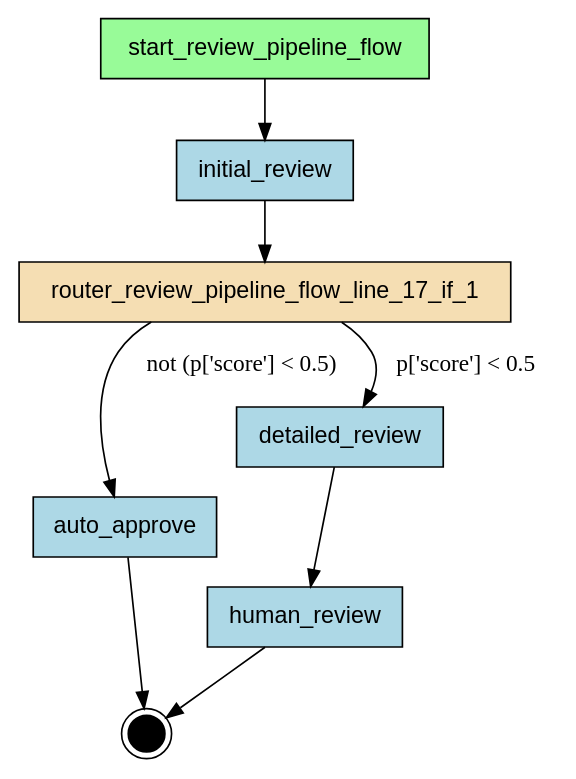
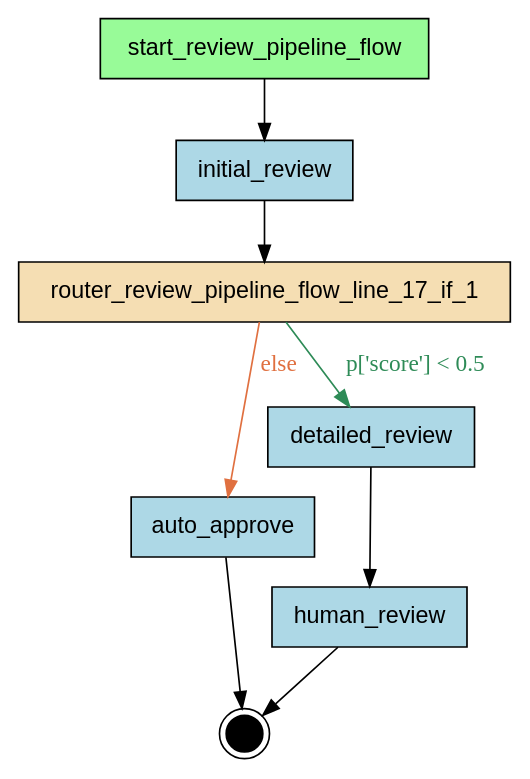
The diagram in examples/flows/compiled/async_nested/flow.dot (deliveryhero/asya), drawn with Graphviz before and after one commit. The commit also changed 297 other files, not shown here.

Commit message:
chore: regenerate all compiled flow artifacts

```diff
--- a/examples/flows/compiled/async_nested/flow.dot
+++ b/examples/flows/compiled/async_nested/flow.dot
@@ -1,23 +1,23 @@
-digraph "async_nested" {
+digraph "review_pipeline_flow" {
     rankdir=TB;
     node [shape=box, style=filled, fontname="Helvetica"];
 
     { rank=source; start_review_pipeline_flow; }
 
     auto_approve [label="auto_approve", fillcolor=lightblue];
     detailed_review [label="detailed_review", fillcolor=lightblue];
     human_review [label="human_review", fillcolor=lightblue];
     initial_review [label="initial_review", fillcolor=lightblue];
     router_review_pipeline_flow_line_17_if_1 [label="router_review_pipeline_flow_line_17_if_1", fillcolor=wheat];
     start_review_pipeline_flow [label="start_review_pipeline_flow", fillcolor=palegreen];
 
     __end__ [label="", shape=doublecircle, fillcolor=black, width=0.3, fixedsize=true];
 
     start_review_pipeline_flow -> initial_review;
     initial_review -> router_review_pipeline_flow_line_17_if_1;
-    router_review_pipeline_flow_line_17_if_1 -> detailed_review [label="p['score'] < 0.5"];
+    router_review_pipeline_flow_line_17_if_1 -> detailed_review [label="p['score'] < 0.5", color="#2E8B57", fontcolor="#2E8B57"];
     detailed_review -> human_review;
-    router_review_pipeline_flow_line_17_if_1 -> auto_approve [label="not (p['score'] < 0.5)"];
+    router_review_pipeline_flow_line_17_if_1 -> auto_approve [label="else", color="#E07040", fontcolor="#E07040"];
     auto_approve -> __end__;
     human_review -> __end__;
 }
```
